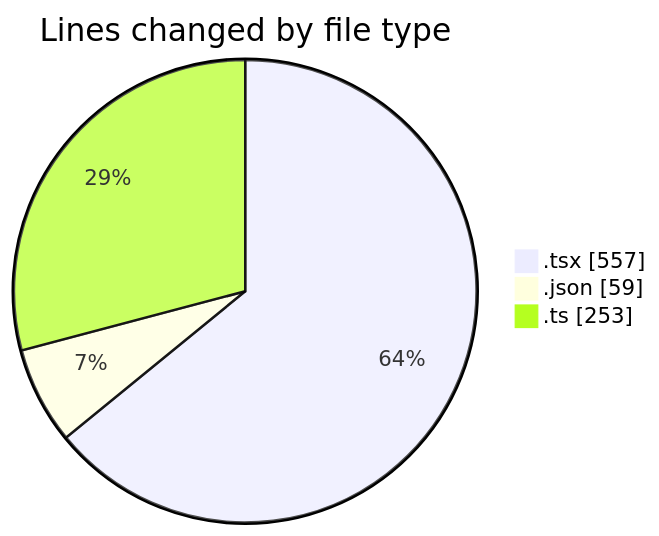
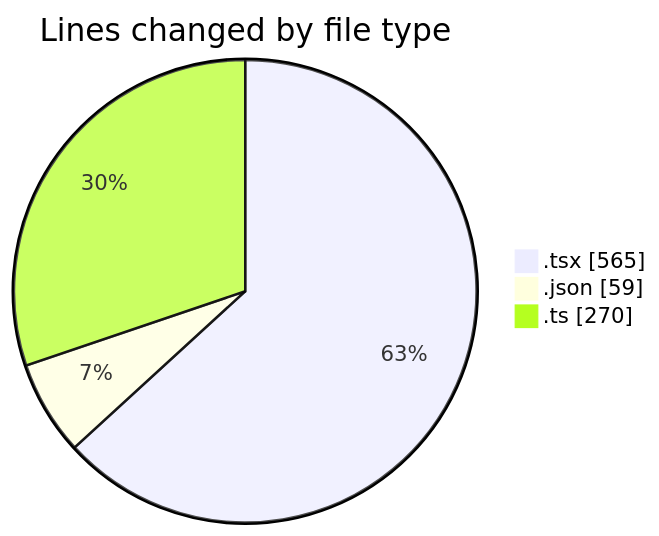
One commit to momahboobian/code-tracking changed the first of 2 diagrams in 2025-11-24/cda/README.md. Above: the diagram before and after it, drawn with Mermaid. The commit also changed other lines of this file and 1 other file, not shown here.

````diff
--- a/2025-11-24/cda/README.md
+++ b/2025-11-24/cda/README.md
@@ -25,7 +25,7 @@
 ```mermaid
 pie showData
 title Lines changed by file type
-".tsx" : 557
+".tsx" : 565
 ".json" : 59
-".ts" : 253
+".ts" : 270
 ```
````
